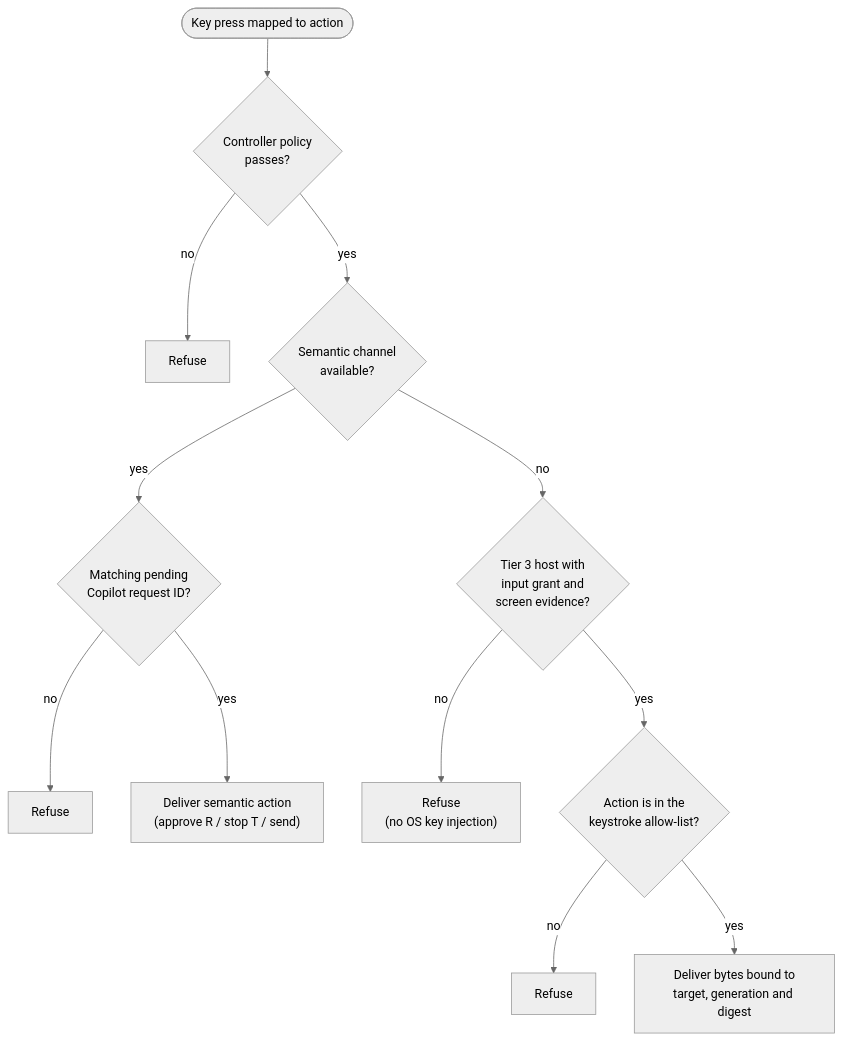
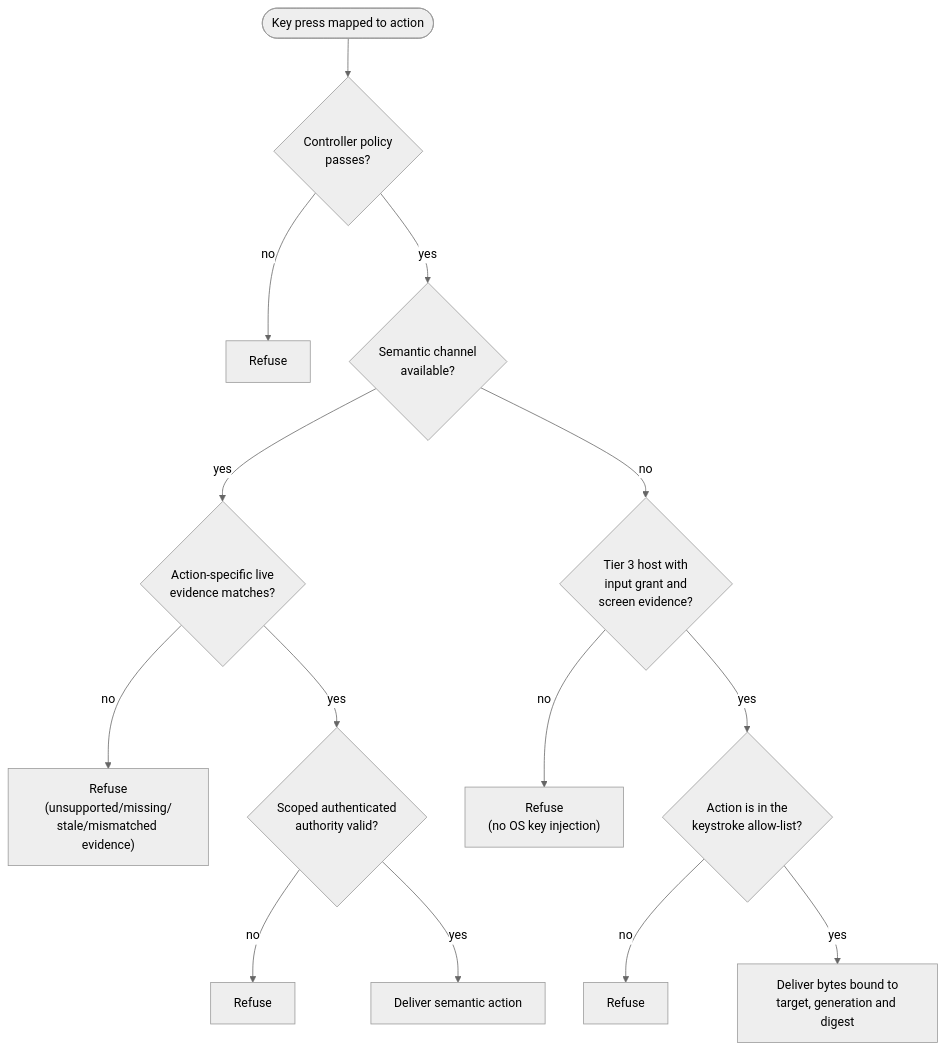
One commit to fswiderski/copilot-controller changed the fourth of 5 diagrams in docs/design/host-integration.md. Above: the diagram before and after it, drawn with Mermaid (neutral theme). The commit also changed other lines of this file, not shown here.

First line of the commit message:
Clarify host association trust and semantic action authority

````diff
--- a/docs/design/host-integration.md
+++ b/docs/design/host-integration.md
@@ -198,14 +216,16 @@
 ```mermaid
 flowchart TD
     Press(["Key press mapped to action"]) --> Policy{"Controller policy<br/>passes?"}
     Policy -- no --> Deny1["Refuse"]
     Policy -- yes --> Channel{"Semantic channel<br/>available?"}
-    Channel -- yes --> Pending{"Matching pending<br/>Copilot request ID?"}
-    Pending -- no --> Deny2["Refuse"]
-    Pending -- yes --> Semantic["Deliver semantic action<br/>(approve R / stop T / send)"]
+    Channel -- yes --> Evidence{"Action-specific live<br/>evidence matches?"}
+    Evidence -- no --> Deny2["Refuse<br/>(unsupported/missing/<br/>stale/mismatched evidence)"]
+    Evidence -- yes --> Grant{"Scoped authenticated<br/>authority valid?"}
+    Grant -- no --> Deny2b["Refuse"]
+    Grant -- yes --> Semantic["Deliver semantic action"]
     Channel -- no --> T3{"Tier 3 host with<br/>input grant and<br/>screen evidence?"}
     T3 -- no --> Deny3["Refuse<br/>(no OS key injection)"]
     T3 -- yes --> Allowed{"Action is in the<br/>keystroke allow-list?"}
     Allowed -- no --> Deny4["Refuse"]
     Allowed -- yes --> Keys["Deliver bytes bound to<br/>target, generation and digest"]
 ```
````
